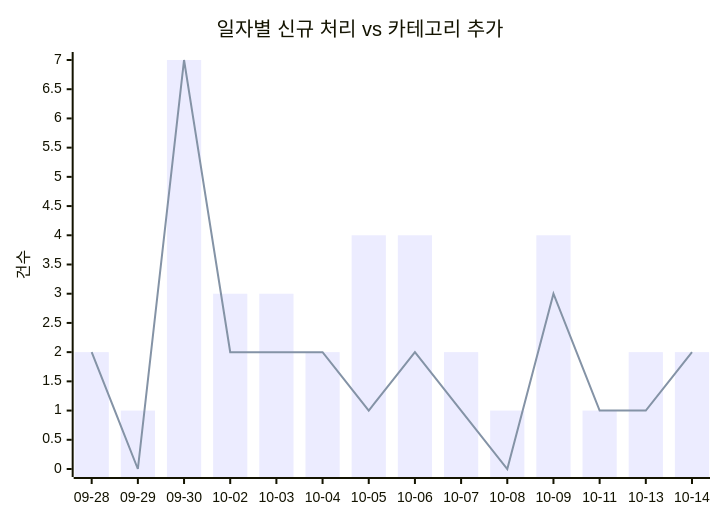
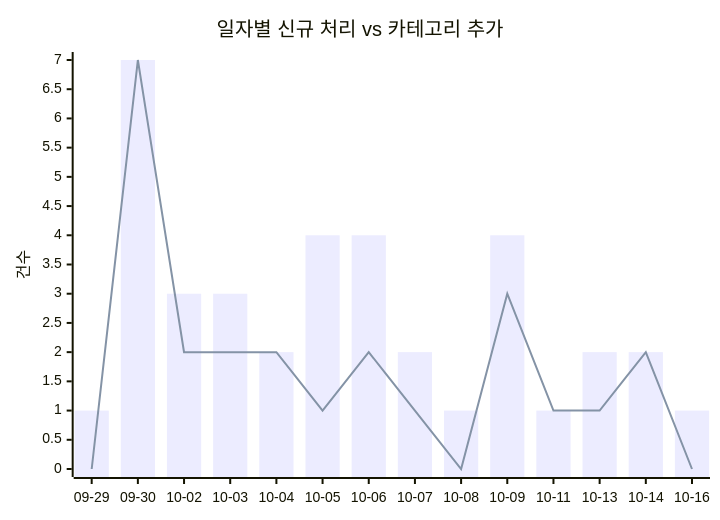
One commit to J-nowcow/awesome-korean-agent-skills changed the first of 2 diagrams in docs/trends.md. Above: the diagram before and after it, drawn with Mermaid. The commit also changed other lines of this file and 2 other files, not shown here.

````diff
--- a/docs/trends.md
+++ b/docs/trends.md
@@ -32,8 +32,8 @@
 ```mermaid
 xychart-beta
     title "일자별 신규 처리 vs 카테고리 추가"
-    x-axis ["09-28","09-29","09-30","10-02","10-03","10-04","10-05","10-06","10-07","10-08","10-09","10-11","10-13","10-14"]
+    x-axis ["09-29","09-30","10-02","10-03","10-04","10-05","10-06","10-07","10-08","10-09","10-11","10-13","10-14","10-16"]
     y-axis "건수"
-    bar [2,1,7,3,3,2,4,4,2,1,4,1,2,2]
-    line [2,0,7,2,2,2,1,2,1,0,3,1,1,2]
+    bar [1,7,3,3,2,4,4,2,1,4,1,2,2,1]
+    line [0,7,2,2,2,1,2,1,0,3,1,1,2,0]
 ```
````
